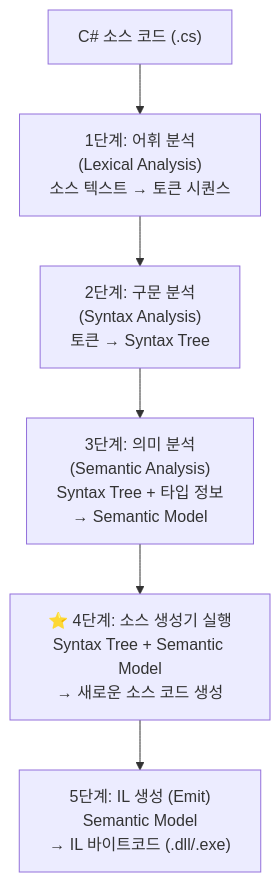
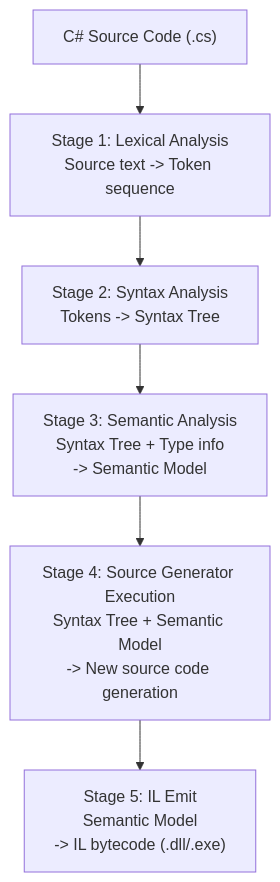
Before and after one commit to hhko/Functorium: the second of 2 diagrams in Docs.Site/src/content/docs/tutorials/sourcegen-observability/part1-fundamentals/04-roslyn-architecture/index.md, drawn with Mermaid. The commit also changed other lines of this file and 18 other files, not shown here.

````diff
--- a/Docs.Site/src/content/docs/tutorials/sourcegen-observability/part1-fundamentals/04-roslyn-architecture/index.md
+++ b/Docs.Site/src/content/docs/tutorials/sourcegen-observability/part1-fundamentals/04-roslyn-architecture/index.md
@@ -54,11 +54,11 @@
 ```mermaid
 flowchart TB
-  Src["C# 소스 코드 (.cs)"]
-  Step1["1단계: 어휘 분석<br/>(Lexical Analysis)<br/>소스 텍스트 → 토큰 시퀀스"]
-  Step2["2단계: 구문 분석<br/>(Syntax Analysis)<br/>토큰 → Syntax Tree"]
-  Step3["3단계: 의미 분석<br/>(Semantic Analysis)<br/>Syntax Tree + 타입 정보<br/>→ Semantic Model"]
-  Step4["⭐ 4단계: 소스 생성기 실행<br/>Syntax Tree + Semantic Model<br/>→ 새로운 소스 코드 생성"]
-  Step5["5단계: IL 생성 (Emit)<br/>Semantic Model<br/>→ IL 바이트코드 (.dll/.exe)"]
+  Src["C# Source Code (.cs)"]
+  Step1["Stage 1: Lexical Analysis<br/>Source text -> Token sequence"]
+  Step2["Stage 2: Syntax Analysis<br/>Tokens -> Syntax Tree"]
+  Step3["Stage 3: Semantic Analysis<br/>Syntax Tree + Type info<br/>-> Semantic Model"]
+  Step4["Stage 4: Source Generator Execution<br/>Syntax Tree + Semantic Model<br/>-> New source code generation"]
+  Step5["Stage 5: IL Emit<br/>Semantic Model<br/>-> IL bytecode (.dll/.exe)"]
 
   Src --> Step1 --> Step2 --> Step3 --> Step4 --> Step5
 ```
````
